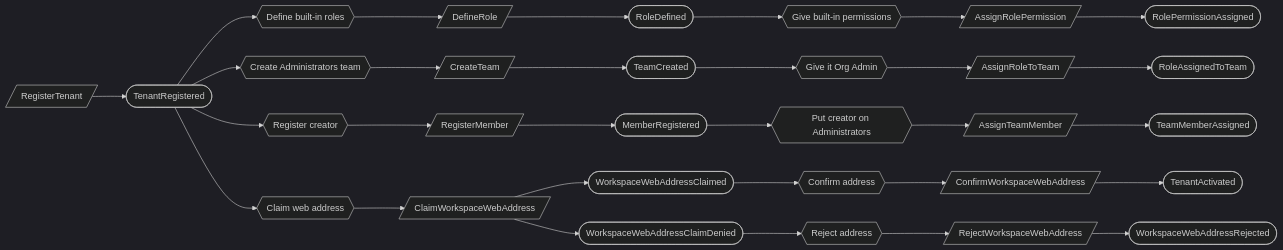
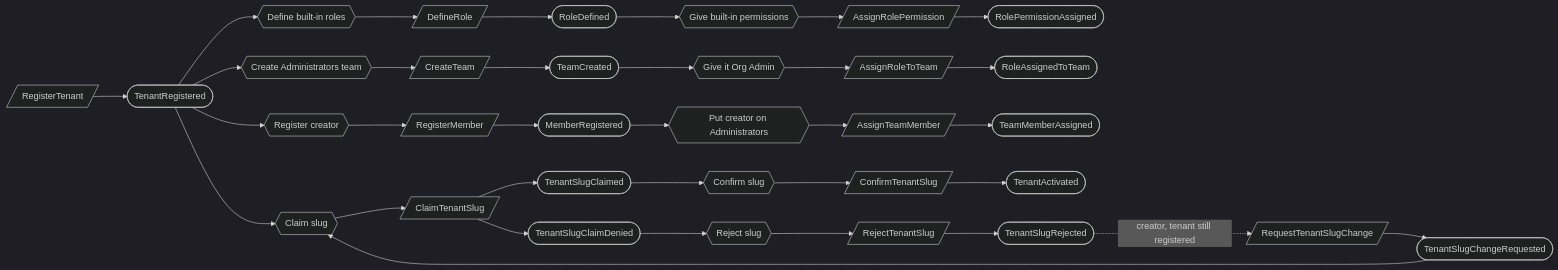
One commit to bdgrz/compliance-core changed the fourth of 11 diagrams in docs/proposed/contexts/platform-access.md. Above: the diagram before and after it, drawn with Mermaid (dark theme). The commit also changed other lines of this file and 310 other files, not shown here.

````diff
--- a/docs/proposed/contexts/platform-access.md
+++ b/docs/proposed/contexts/platform-access.md
@@ -416,15 +507,17 @@
 ```mermaid
 flowchart LR
     C1[/RegisterTenant/] --> E1([TenantRegistered])
     E1 --> R5{{Define built-in roles}} --> C6[/DefineRole/] --> E7([RoleDefined])
     E7 --> R8{{Give built-in permissions}} --> C9[/AssignRolePermission/] --> E10([RolePermissionAssigned])
     E1 --> R6{{Create Administrators team}} --> C7[/CreateTeam/] --> E8([TeamCreated])
     E8 --> R7{{Give it Org Admin}} --> C8[/AssignRoleToTeam/] --> E9([RoleAssignedToTeam])
     E1 --> R1{{Register creator}} --> C2[/RegisterMember/] --> E2([MemberRegistered])
     E2 --> R9{{Put creator on Administrators}} --> C10[/AssignTeamMember/] --> E11([TeamMemberAssigned])
-    E1 --> R2{{Claim web address}} --> C3[/ClaimWorkspaceWebAddress/]
-    C3 --> E3([WorkspaceWebAddressClaimed])
-    C3 --> E4([WorkspaceWebAddressClaimDenied])
-    E3 --> R3{{Confirm address}} --> C4[/ConfirmWorkspaceWebAddress/] --> E5([TenantActivated])
-    E4 --> R4{{Reject address}} --> C5[/RejectWorkspaceWebAddress/] --> E6([WorkspaceWebAddressRejected])
+    E1 --> R2{{Claim slug}} --> C3[/ClaimTenantSlug/]
+    C3 --> E3([TenantSlugClaimed])
+    C3 --> E4([TenantSlugClaimDenied])
+    E3 --> R3{{Confirm slug}} --> C4[/ConfirmTenantSlug/] --> E5([TenantActivated])
+    E4 --> R4{{Reject slug}} --> C5[/RejectTenantSlug/] --> E6([TenantSlugRejected])
+    E6 -. "creator, tenant still registered" .-> C11[/RequestTenantSlugChange/]
+    C11 --> E12([TenantSlugChangeRequested]) --> R2
 ```
````
